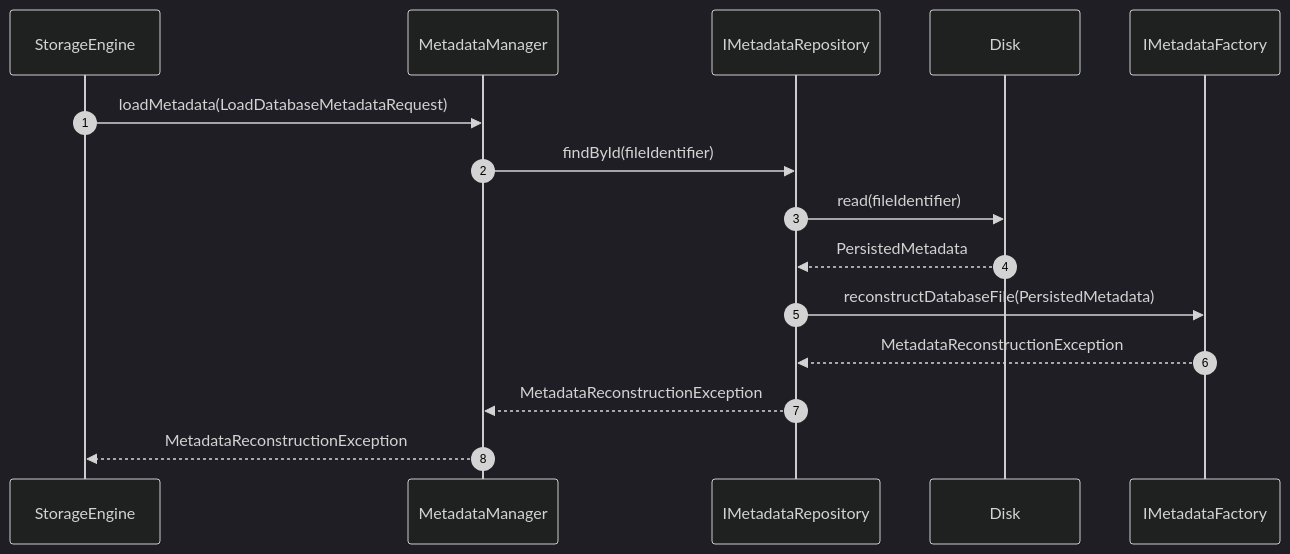
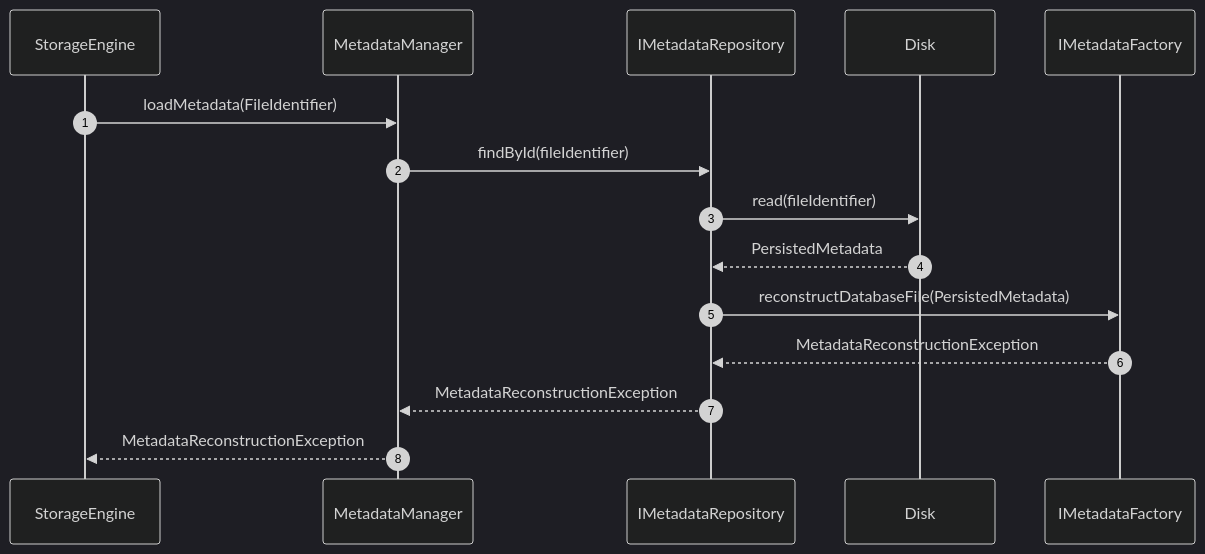
One commit to Huy1801214/dbms-architecture changed the fourth of 5 diagrams in docs/data-storage-and-access/file-management/file-metadata/sequence-diagrams/02-load-metadata-from-disk.md. Above: the diagram before and after it, drawn with Mermaid (dark theme). The commit also changed other lines of this file and 11 other files, not shown here.

Commit message:
add file metadata architecture class and sequence diagrams

````diff
--- a/docs/data-storage-and-access/file-management/file-metadata/sequence-diagrams/02-load-metadata-from-disk.md
+++ b/docs/data-storage-and-access/file-management/file-metadata/sequence-diagrams/02-load-metadata-from-disk.md
@@ -154,24 +140,24 @@
 ```mermaid
 sequenceDiagram
     autonumber
 
     participant SE as StorageEngine
     participant MM as MetadataManager
     participant IMR as IMetadataRepository
     participant Disk as Disk
     participant IMF as IMetadataFactory
 
-    SE->>MM: loadMetadata(LoadDatabaseMetadataRequest)
+    SE->>MM: loadMetadata(FileIdentifier)
 
     MM->>IMR: findById(fileIdentifier)
 
     IMR->>Disk: read(fileIdentifier)
     Disk-->>IMR: PersistedMetadata
 
     IMR->>IMF: reconstructDatabaseFile(PersistedMetadata)
     IMF-->>IMR: MetadataReconstructionException
 
     IMR-->>MM: MetadataReconstructionException
 
     MM-->>SE: MetadataReconstructionException
 ```
````
